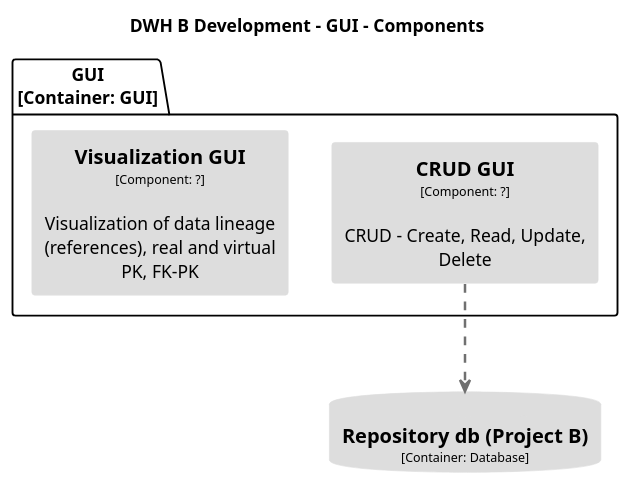
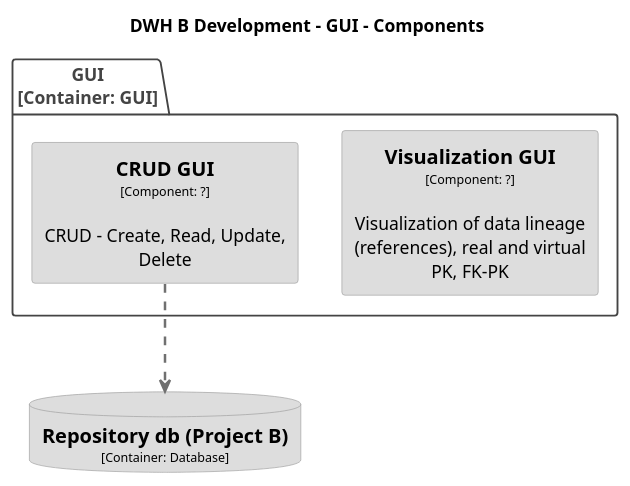
The diagram in docs/modules/arc/partials/c4_dsl/puml/structurizr-DWHBDevelopment-GUI-Component.puml (DataHandwerk/dhw-antora-docs), drawn with PlantUML before and after one commit. The commit also changed 20 other files, not shown here.

Commit message:
update architecture a bit

```diff
--- a/docs/modules/arc/partials/c4_dsl/puml/structurizr-DWHBDevelopment-GUI-Component.puml
+++ b/docs/modules/arc/partials/c4_dsl/puml/structurizr-DWHBDevelopment-GUI-Component.puml
@@ -1,34 +1,43 @@
-@startuml(id=DWHBDevelopment-GUI-Component)
+@startuml
 title DWH B Development - GUI - Components
+
+top to bottom direction
 
 skinparam {
   shadowing false
   arrowFontSize 10
   defaultTextAlignment center
   wrapWidth 200
   maxMessageSize 100
 }
+
 hide stereotype
-top to bottom direction
-skinparam rectangle<<23>> {
+
+skinparam rectangle<<DWHBDevelopment.GUI.CRUDGUI>> {
   BackgroundColor #dddddd
   FontColor #000000
-  BorderColor #dddddd
+  BorderColor #9a9a9a
 }
-skinparam rectangle<<24>> {
+skinparam database<<DWHBDevelopment.RepositorydbProjectB>> {
   BackgroundColor #dddddd
   FontColor #000000
-  BorderColor #dddddd
+  BorderColor #9a9a9a
 }
-skinparam database<<5>> {
+skinparam rectangle<<DWHBDevelopment.GUI.VisualizationGUI>> {
   BackgroundColor #dddddd
   FontColor #000000
-  BorderColor #dddddd
+  BorderColor #9a9a9a
 }
-database "==Repository db (Project B)\n<size:10>[Container: Database]</size>" <<5>> as 5
-package "GUI\n[Container: GUI]" {
-  rectangle "==CRUD GUI\n<size:10>[Component: ?]</size>\n\nCRUD - Create, Read, Update, Delete" <<24>> as 24
-  rectangle "==Visualization GUI\n<size:10>[Component: ?]</size>\n\nVisualization of data lineage (references), real and virtual PK, FK-PK" <<23>> as 23
+
+database "==Repository db (Project B)\n<size:10>[Container: Database]</size>" <<DWHBDevelopment.RepositorydbProjectB>> as DWHBDevelopment.RepositorydbProjectB
+
+package "GUI\n[Container: GUI]" <<DWHBDevelopment.GUI>> {
+  skinparam PackageBorderColor<<DWHBDevelopment.GUI>> #444444
+  skinparam PackageFontColor<<DWHBDevelopment.GUI>> #444444
+
+  rectangle "==Visualization GUI\n<size:10>[Component: ?]</size>\n\nVisualization of data lineage (references), real and virtual PK, FK-PK" <<DWHBDevelopment.GUI.VisualizationGUI>> as DWHBDevelopment.GUI.VisualizationGUI
+  rectangle "==CRUD GUI\n<size:10>[Component: ?]</size>\n\nCRUD - Create, Read, Update, Delete" <<DWHBDevelopment.GUI.CRUDGUI>> as DWHBDevelopment.GUI.CRUDGUI
 }
-24 .[#707070,thickness=2].> 5 : ""
+
+DWHBDevelopment.GUI.CRUDGUI .[#707070,thickness=2].> DWHBDevelopment.RepositorydbProjectB : "<color:#707070>"
 @enduml
```
